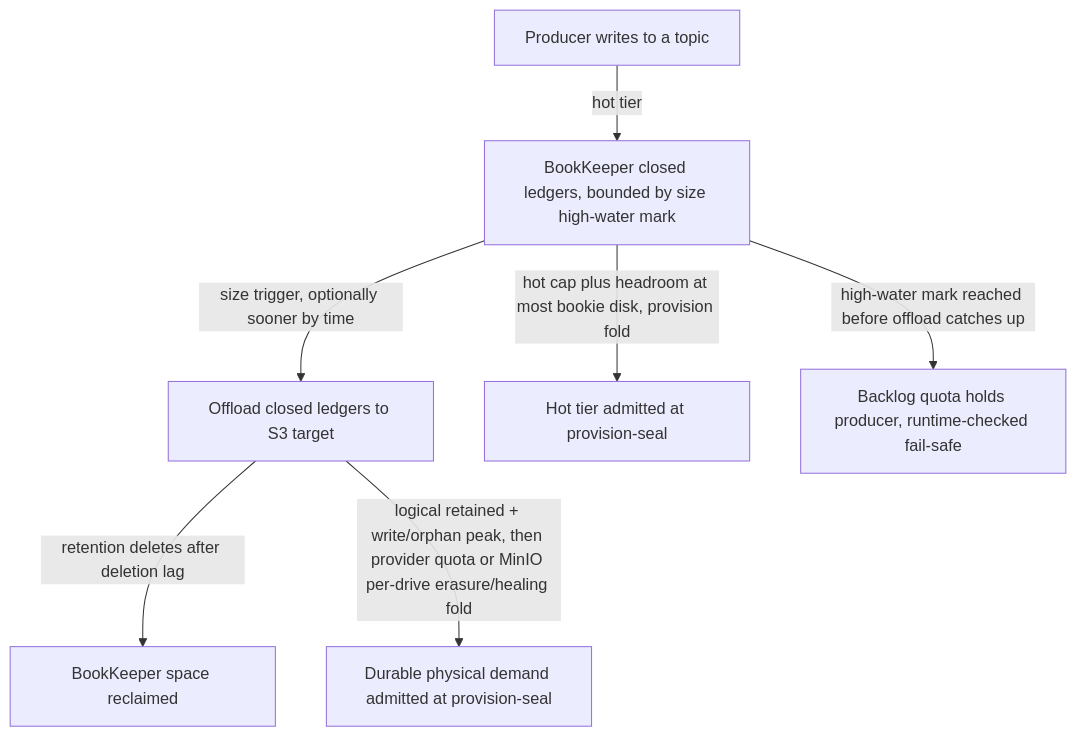
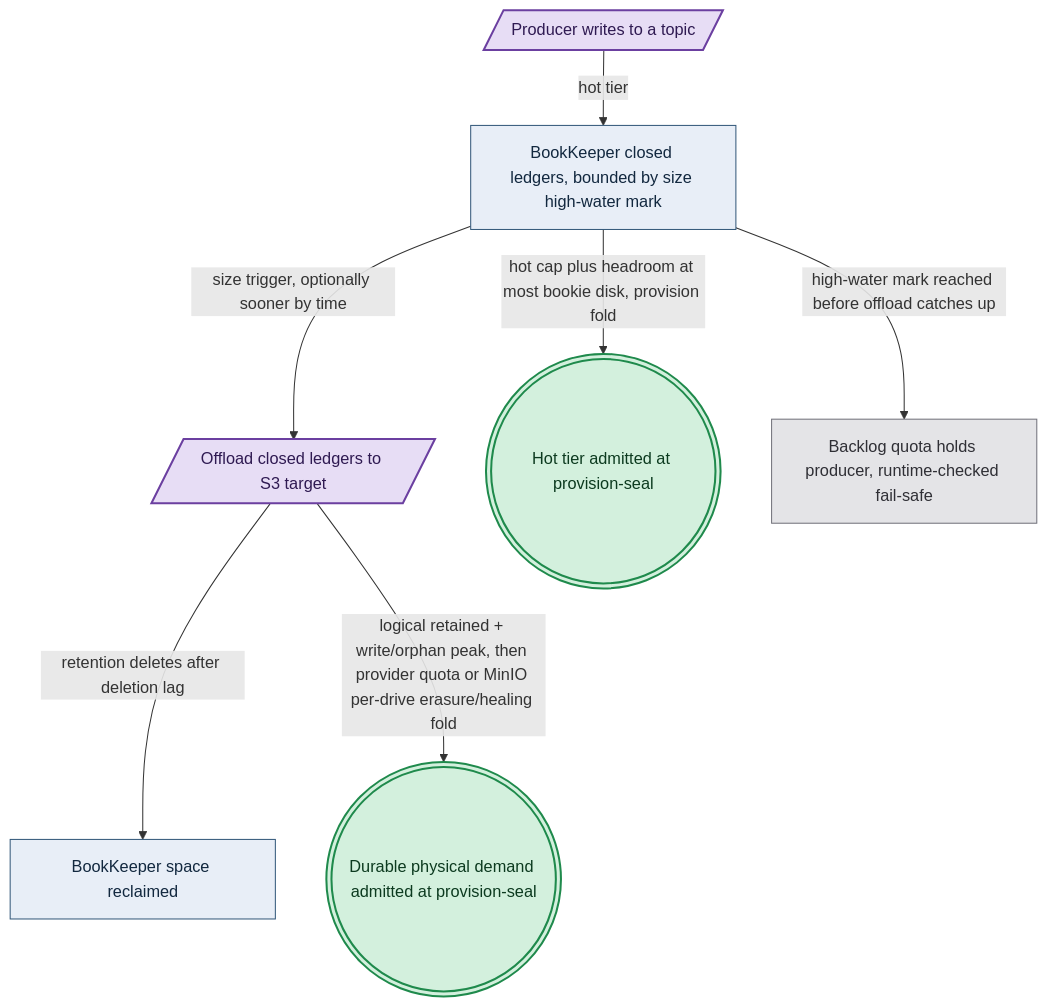
Before and after one commit to Tuee22/amoebius: the fourth of 4 diagrams in documents/engineering/pulsar_client_doctrine.md, drawn with Mermaid. The commit also changed other lines of this file and 36 other files, not shown here.

````diff
--- a/documents/engineering/pulsar_client_doctrine.md
+++ b/documents/engineering/pulsar_client_doctrine.md
@@ -406,9 +420,13 @@
 ```mermaid
 flowchart TD
-  produce[Producer writes to a topic] -->|hot tier| bk[BookKeeper closed ledgers, bounded by size high-water mark]
-  bk -->|size trigger, optionally sooner by time| offload[Offload closed ledgers to S3 target]
-  offload -->|retention deletes after deletion lag| free[BookKeeper space reclaimed]
-  bk -->|hot cap plus headroom at most bookie disk, provision fold| avail[Hot tier admitted at provision-seal]
-  offload -->|logical retained + write/orphan peak, then provider quota or MinIO per-drive erasure/healing fold| durable[Durable physical demand admitted at provision-seal]
-  bk -->|high-water mark reached before offload catches up| hold[Backlog quota holds producer, runtime-checked fail-safe]
+  produce[/"Producer writes to a topic"/]:::effect -->|hot tier| bk["BookKeeper closed ledgers, bounded by size high-water mark"]:::intent
+  bk -->|size trigger, optionally sooner by time| offload[/"Offload closed ledgers to S3 target"/]:::effect
+  offload -->|retention deletes after deletion lag| free["BookKeeper space reclaimed"]:::intent
+  bk -->|hot cap plus headroom at most bookie disk, provision fold| avail((("Hot tier admitted at provision-seal"))):::seal
+  offload -->|logical retained + write/orphan peak, then provider quota or MinIO per-drive erasure/healing fold| durable((("Durable physical demand admitted at provision-seal"))):::seal
+  bk -->|high-water mark reached before offload catches up| hold["Backlog quota holds producer, runtime-checked fail-safe"]:::runtime
+  classDef effect   fill:#e7ddf5,stroke:#6b3fa0,color:#2f1a52,stroke-width:2px
+  classDef intent   fill:#e8eef7,stroke:#33587a,color:#12283f,stroke-width:1px
+  classDef seal     fill:#d3f0dd,stroke:#1f8a4c,color:#0c3a1f,stroke-width:2px
+  classDef runtime  fill:#e4e4e7,stroke:#71717a,color:#2f2f35,stroke-width:1px
 ```
````
